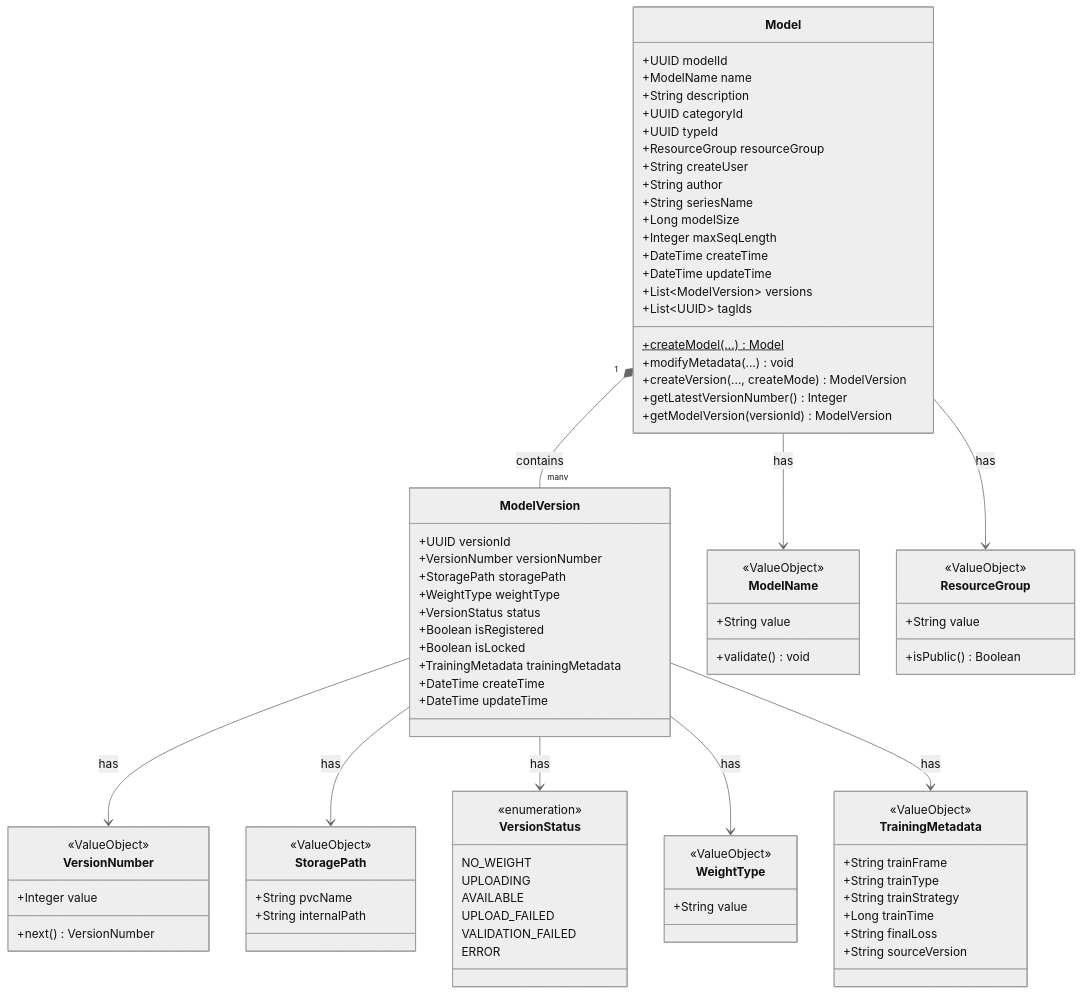
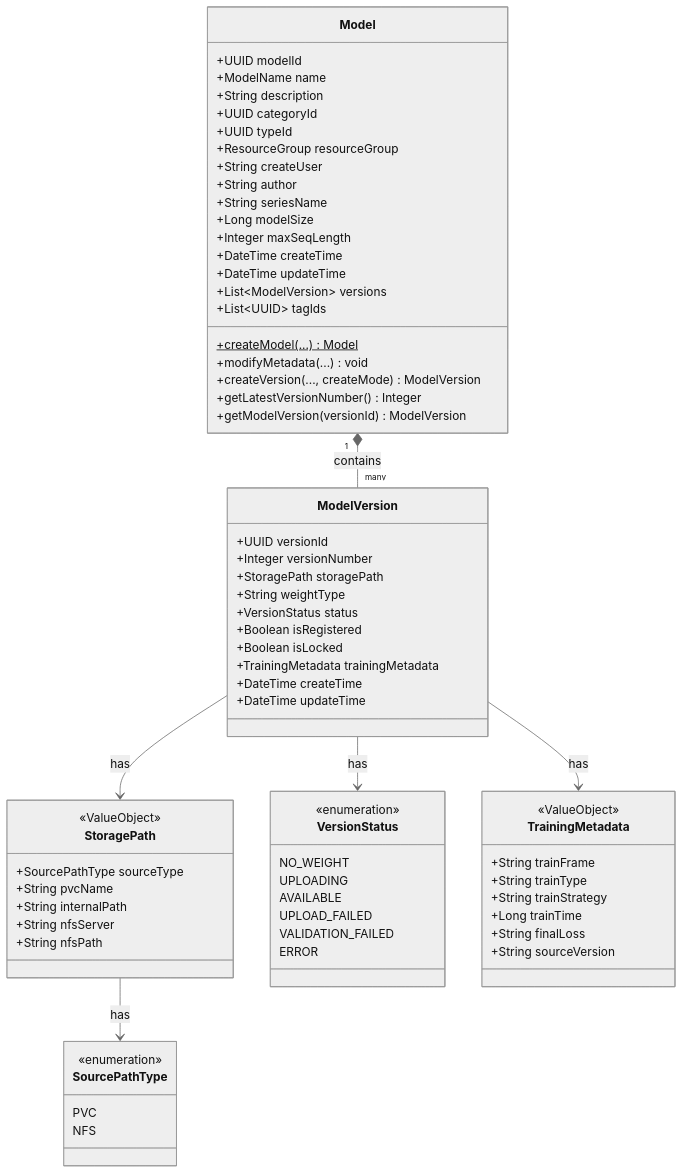
One commit to HaoruiSong622/model-lite-repository changed the second of 8 diagrams in .sisyphus/drafts/feature-3-model-version-lifecycle-design.md. Above: the diagram before and after it, drawn with Mermaid (neutral theme). The commit also changed other lines of this file and 1 other file, not shown here.

````diff
--- a/.sisyphus/drafts/feature-3-model-version-lifecycle-design.md
+++ b/.sisyphus/drafts/feature-3-model-version-lifecycle-design.md
@@ -276,9 +282,9 @@
 
     class ModelVersion {
         +UUID versionId
-        +VersionNumber versionNumber
+        +Integer versionNumber
         +StoragePath storagePath
-        +WeightType weightType
+        +String weightType
         +VersionStatus status
         +Boolean isRegistered
         +Boolean isLocked
@@ -287,27 +293,19 @@
         +DateTime updateTime
     }
 
-    class ModelName {
+    class StoragePath {
         <<ValueObject>>
-        +String value
-        +validate() void
+        +SourcePathType sourceType
+        +String pvcName
+        +String internalPath
+        +String nfsServer
+        +String nfsPath
     }
 
-    class VersionNumber {
-        <<ValueObject>>
-        +Integer value
-        +next() VersionNumber
-    }
-
-    class StoragePath {
-        <<ValueObject>>
-        +String pvcName
-        +String internalPath
-    }
-
-    class WeightType {
-        <<ValueObject>>
-        +String value
+    class SourcePathType {
+        <<enumeration>>
+        PVC
+        NFS
     }
 
     class VersionStatus {
@@ -318,12 +316,6 @@
         UPLOAD_FAILED
         VALIDATION_FAILED
         ERROR
-    }
-
-    class ResourceGroup {
-        <<ValueObject>>
-        +String value
-        +isPublic() Boolean
     }
 
     class TrainingMetadata {
@@ -337,11 +329,8 @@
     }
 
     Model "1" *-- "many" ModelVersion : contains
-    Model --> ModelName : has
-    Model --> ResourceGroup : has
-    ModelVersion --> VersionNumber : has
     ModelVersion --> StoragePath : has
     ModelVersion --> VersionStatus : has
-    ModelVersion --> WeightType : has
     ModelVersion --> TrainingMetadata : has
+    StoragePath --> SourcePathType : has
 ```
````
